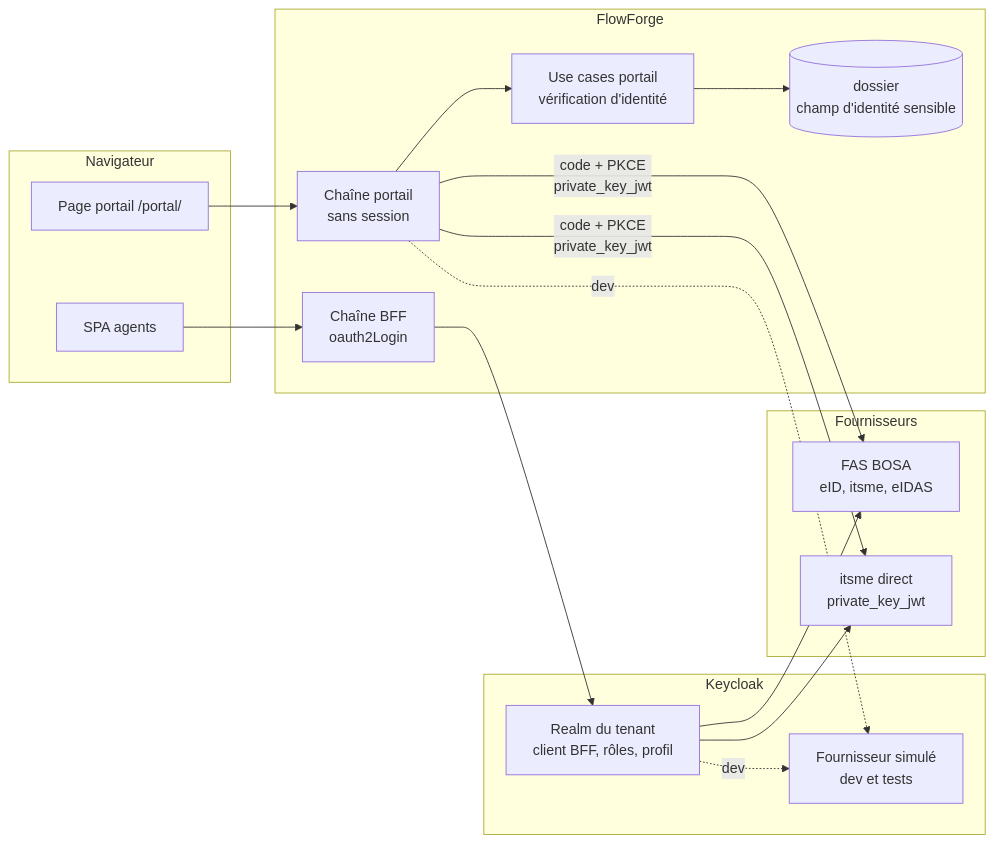
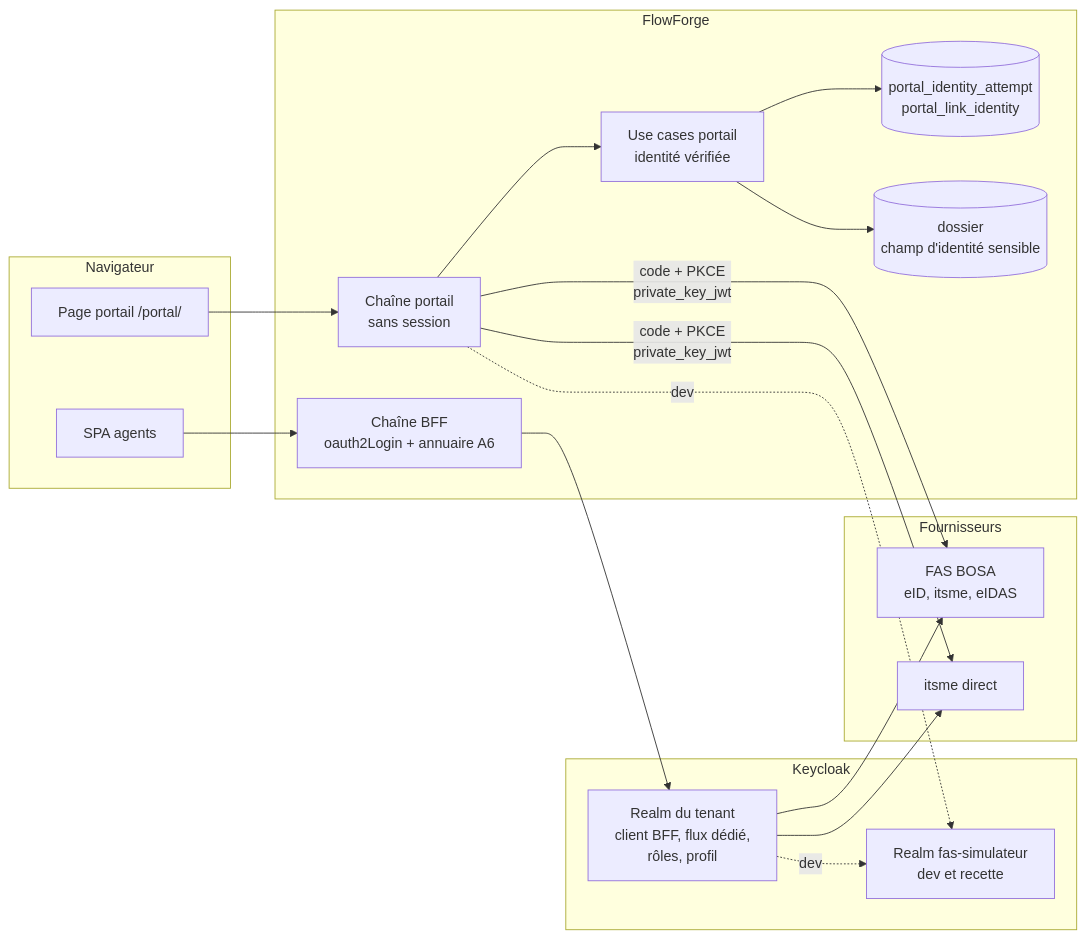
One commit to superjojo79/Myrmacta changed the first of 2 diagrams in docs/ai/design/2026-10-24-feature-authentification-belge.md. Above: the diagram before and after it, drawn with Mermaid. The commit also changed other lines of this file and 3 other files, not shown here.

````diff
--- a/docs/ai/design/2026-10-24-feature-authentification-belge.md
+++ b/docs/ai/design/2026-10-24-feature-authentification-belge.md
@@ -13,29 +14,32 @@
 ```mermaid
 flowchart LR
   subgraph Navigateur
     SPA[SPA agents]
     PP[Page portail /portal/]
   end
   subgraph Keycloak
-    RT[Realm du tenant<br/>client BFF, rôles, profil]
-    SIM[Fournisseur simulé<br/>dev et tests]
+    RT[Realm du tenant<br/>client BFF, flux dédié,<br/>rôles, profil]
+    SIM[Realm fas-simulateur<br/>dev et recette]
   end
   subgraph Fournisseurs
     FAS[FAS BOSA<br/>eID, itsme, eIDAS]
-    IT[itsme direct<br/>private_key_jwt]
+    IT[itsme direct]
   end
   subgraph FlowForge
-    BFF[Chaîne BFF<br/>oauth2Login]
+    BFF[Chaîne BFF<br/>oauth2Login + annuaire A6]
     PC[Chaîne portail<br/>sans session]
-    UC[Use cases portail<br/>vérification d'identité]
+    UC[Use cases portail<br/>identité vérifiée]
+    T[(portal_identity_attempt<br/>portal_link_identity)]
     D[(dossier<br/>champ d'identité sensible)]
   end
   SPA --> BFF --> RT
   RT --> FAS
   RT --> IT
   RT -.dev.-> SIM
-  PP --> PC --> UC --> D
+  PP --> PC --> UC
+  UC --> T
+  UC --> D
   PC -->|code + PKCE<br/>private_key_jwt| FAS
   PC -->|code + PKCE<br/>private_key_jwt| IT
   PC -.dev.-> SIM
 ```
````
